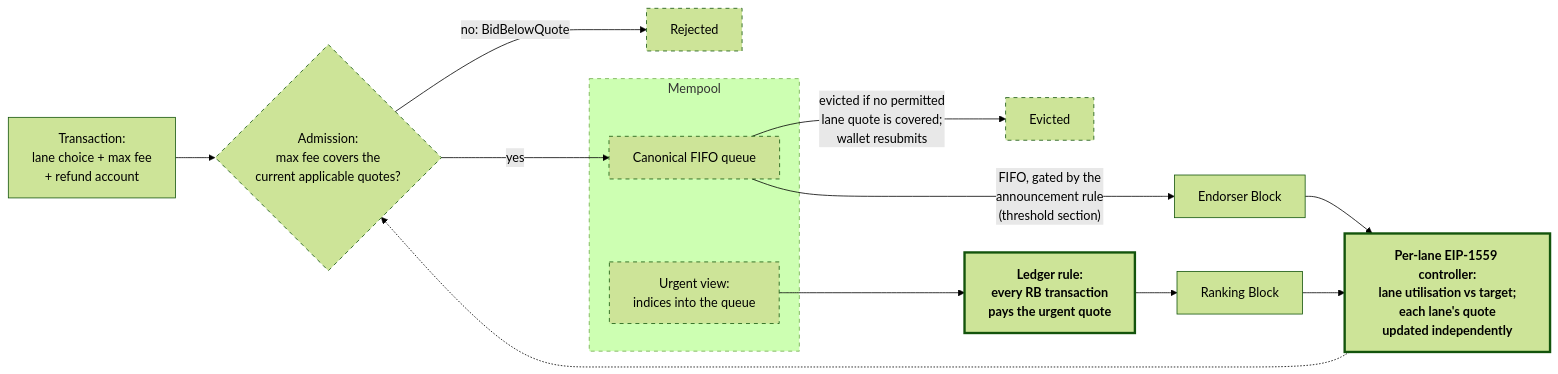
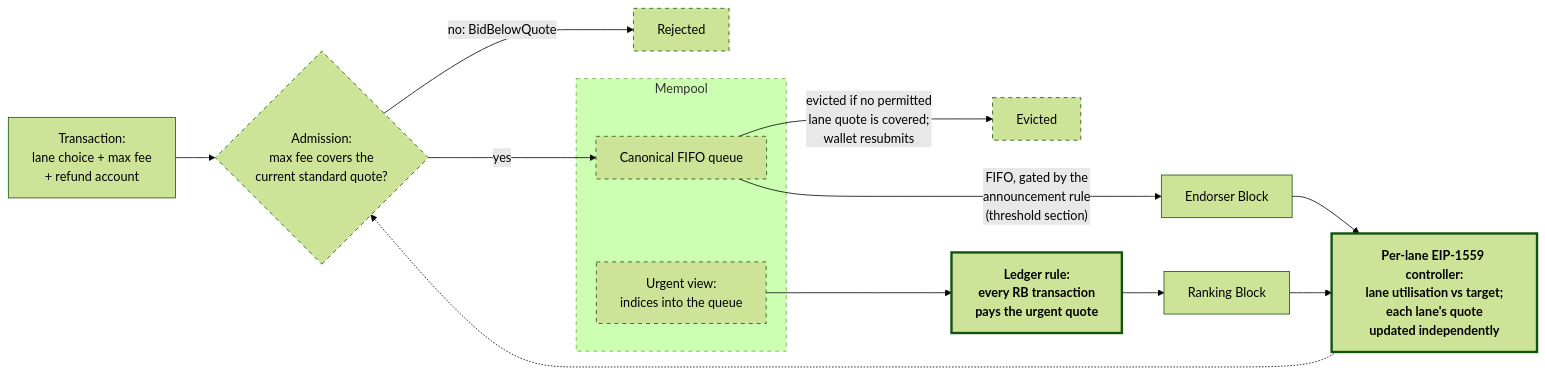
The first of 4 diagrams in CIP-0200/README.md (cardano-foundation/CIPs), drawn with Mermaid (forest theme) before and after one commit. The commit also changed other lines of this file, not shown here.

Commit message:
CIP-0200: admit either lane at the standard fee

````diff
--- a/CIP-0200/README.md
+++ b/CIP-0200/README.md
@@ -76,21 +76,21 @@
 ```mermaid
 flowchart LR
-    TX["Transaction:<br/>lane choice + max fee<br/>+ refund account"] --> ADM{"Admission:<br/>max fee covers the<br/>current applicable quotes?"}
+    TX["Transaction:<br/>lane choice + max fee<br/>+ refund account"] --> ADM{"Admission:<br/>max fee covers the<br/>current standard quote?"}
     ADM -- "no: BidBelowQuote" --> REJ["Rejected"]
     ADM -- "yes" --> Q
     subgraph MP["Mempool"]
         Q["Canonical FIFO queue"]
         UV["Urgent view:<br/>indices into the queue"]
     end
     Q -- "evicted if no permitted<br/>lane quote is covered;<br/>wallet resubmits" --> EV["Evicted"]
     UV --> RULE["Ledger rule:<br/>every RB transaction<br/>pays the urgent quote"]
     RULE --> RB["Ranking Block"]
     Q -- "FIFO, gated by the<br/>announcement rule<br/>(threshold section)" --> EB["Endorser Block"]
     RB --> CTRL["Per-lane EIP-1559 controller:<br/>lane utilisation vs target;<br/>each lane's quote<br/>updated independently"]
     EB --> CTRL
     CTRL -.-> ADM
     classDef enforced stroke-width:3px,font-weight:bold;
     classDef policy stroke-dasharray:5 5;
     class RULE,CTRL enforced;
     class ADM,REJ,MP,Q,UV,EV policy;
 ```
````
